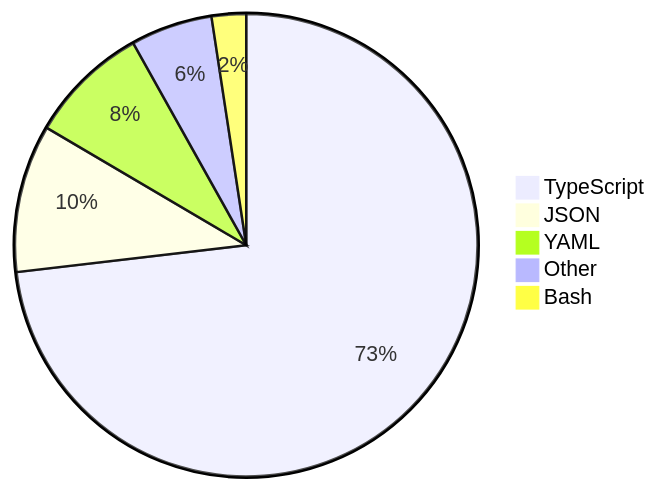
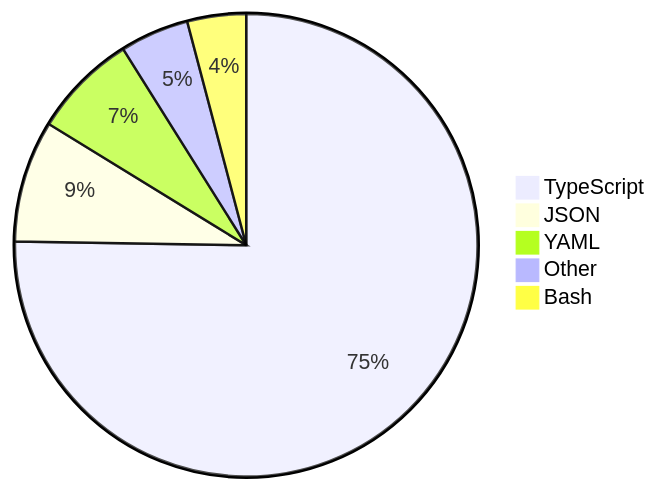
Before and after one commit to skvggor/skvggor: the diagram in README.md, drawn with Mermaid.

Commit message:
Updated waka-readme graph with new metrics

````diff
--- a/README.md
+++ b/README.md
@@ -14,8 +14,8 @@
 ```mermaid
 pie
-    "TypeScript" : 73.0
-    "JSON" : 10.3
-    "YAML" : 8.4
-    "Other" : 5.7
-    "Bash" : 2.4
+    "TypeScript" : 75.1
+    "JSON" : 8.5
+    "YAML" : 7.3
+    "Other" : 4.8
+    "Bash" : 4.1
 ```
````
